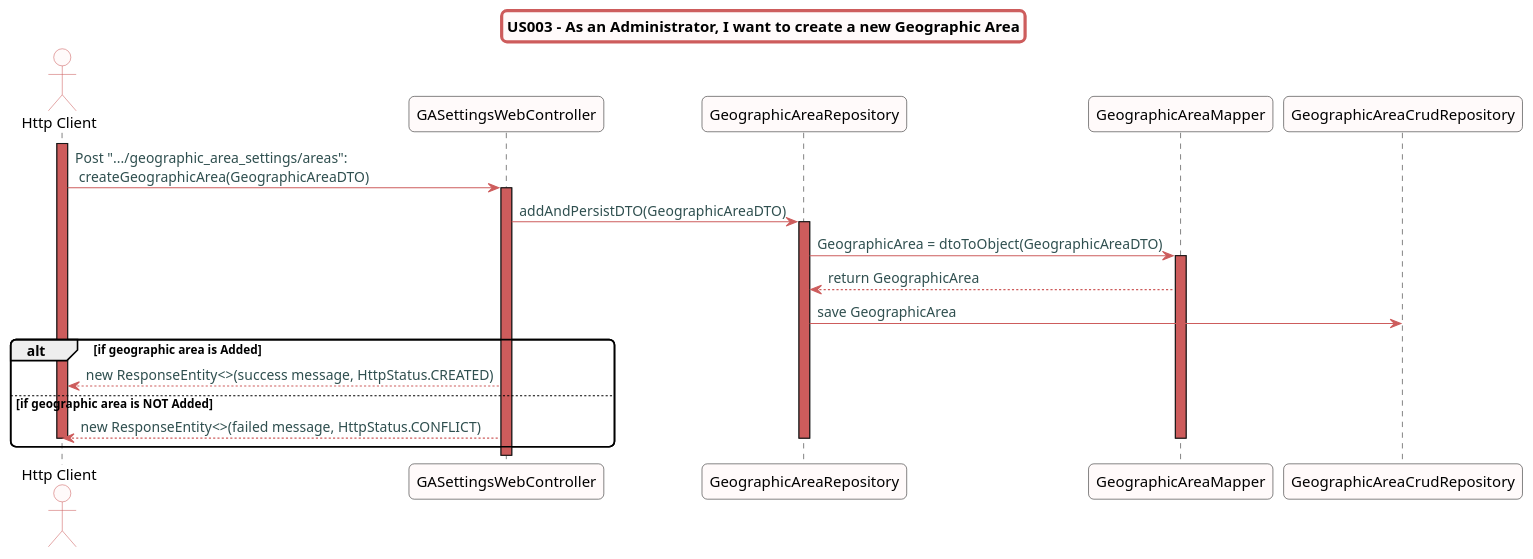
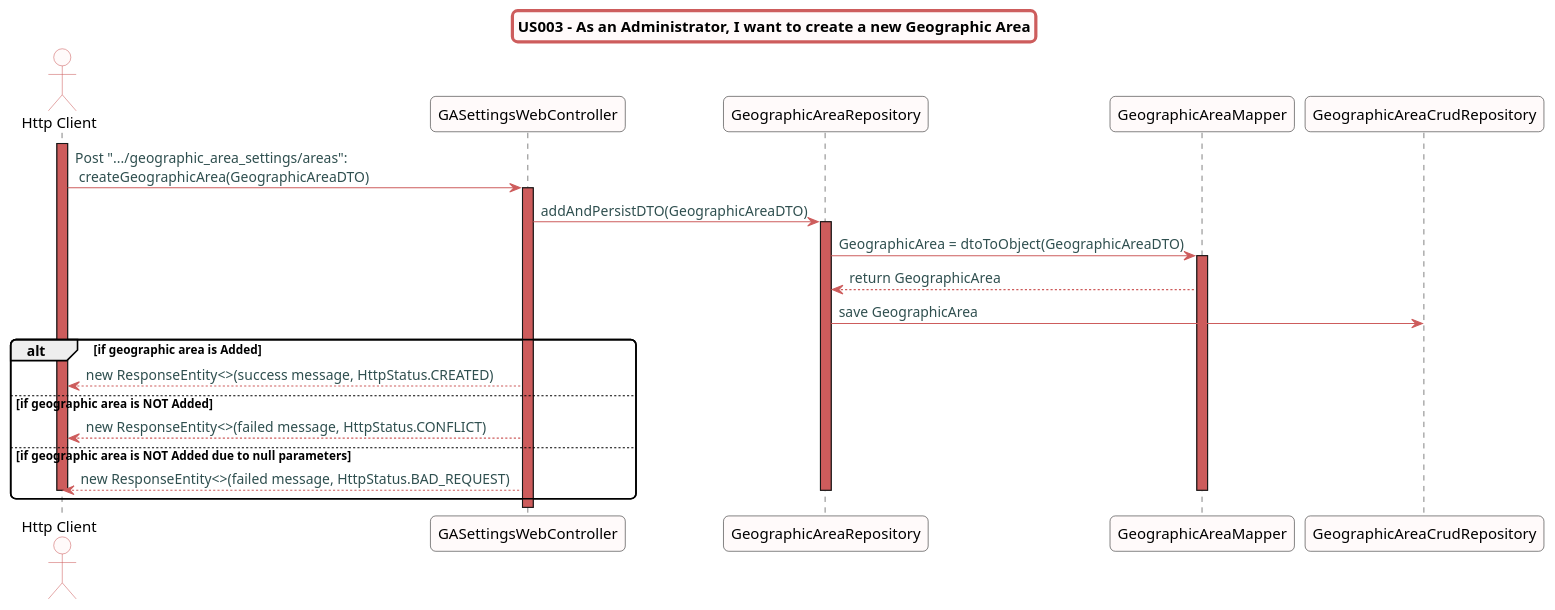
The diagram in src/doc/WEB_Controllers/GASettings/US003/US003_sd_GASettings.puml (Almadanmp/project), drawn with PlantUML before and after one commit. The commit also changed 2 other files, not shown here.

Commit message:
REF #360 - updated web controller to the correct http status and updated the tests.

```diff
--- a/src/doc/WEB_Controllers/GASettings/US003/US003_sd_GASettings.puml
+++ b/src/doc/WEB_Controllers/GASettings/US003/US003_sd_GASettings.puml
@@ -1,49 +1,51 @@
 @startuml
 
 skinparam titleBorderRoundCorner 10
 skinparam titleBorderThickness 3
 skinparam titleBorderColor indianred
 skinparam titleBackgroundColor snow
 skinparam FontName quicksand
 
 skinparam actor {
   BorderColor indianred
   backgroundColor Snow
   }
 
 skinparam sequence {
   LifeLineBackgroundColor indianred
   ParticipantBackgroundColor snow
 }
 
 skinparam roundcorner 10
 
 skinparam component {
   arrowThickness 1
   ArrowFontName Verdana
   ArrowColor indianred
   ArrowFontColor darkslategrey
 }
 
 title US003 - As an Administrator, I want to create a new Geographic Area
 
 actor "Http Client"
 activate "Http Client"
 "Http Client" -> "GASettingsWebController":  Post ".../geographic_area_settings/areas":\n createGeographicArea(GeographicAreaDTO)
 activate "GASettingsWebController"
 "GASettingsWebController" -> "GeographicAreaRepository": addAndPersistDTO(GeographicAreaDTO)
 activate "GeographicAreaRepository"
 "GeographicAreaRepository" -> "GeographicAreaMapper": GeographicArea = dtoToObject(GeographicAreaDTO)
 activate "GeographicAreaMapper"
 "GeographicAreaMapper" --> "GeographicAreaRepository": return GeographicArea
 "GeographicAreaRepository" -> "GeographicAreaCrudRepository": save GeographicArea
 alt if geographic area is Added
 "GASettingsWebController" --> "Http Client": new ResponseEntity<>(success message, HttpStatus.CREATED)
 else if geographic area is NOT Added
 "GASettingsWebController" --> "Http Client": new ResponseEntity<>(failed message, HttpStatus.CONFLICT)
+else if geographic area is NOT Added due to null parameters
+"GASettingsWebController" --> "Http Client": new ResponseEntity<>(failed message, HttpStatus.BAD_REQUEST)
 deactivate "GeographicAreaMapper"
 deactivate "GeographicAreaRepository"
 deactivate "Http Client"
 end
 
 @enduml
```
